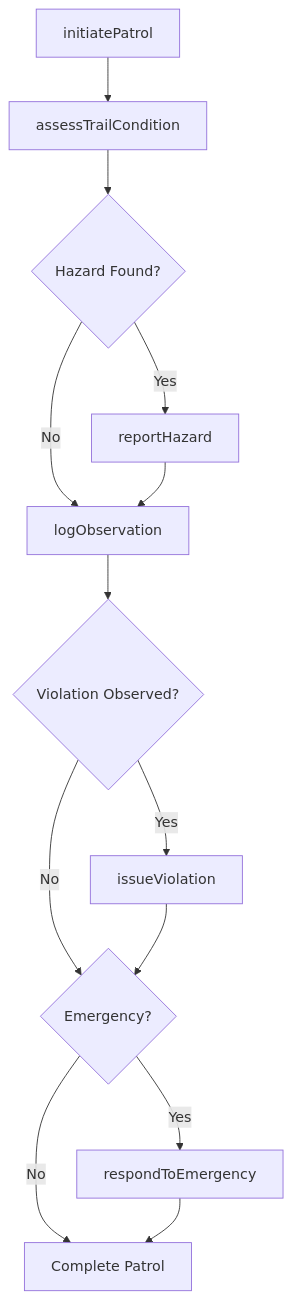
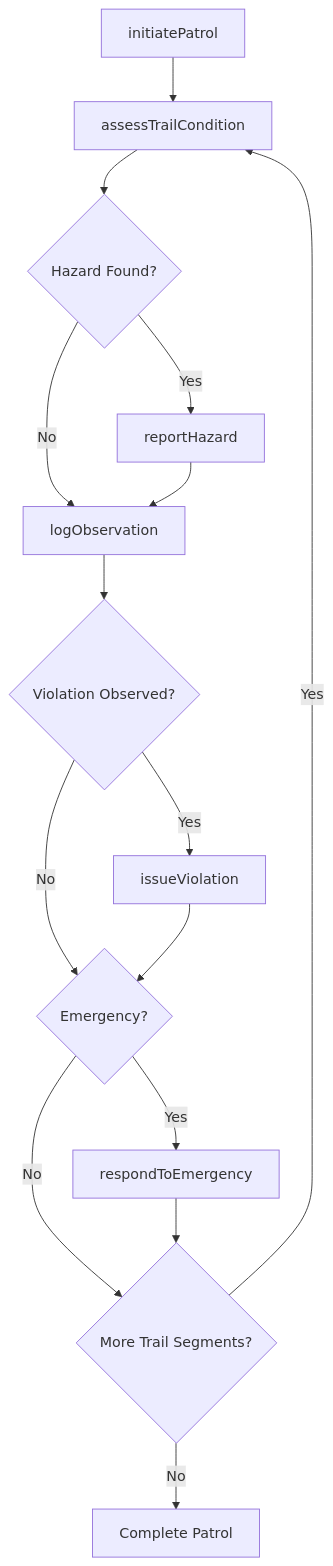
The third of 4 diagrams in MonitoringProcessesMaterialsOrSurroundings/MonitorSafetyOrSecurityOfWorkAreasFacilitiesOrProperties/PatrolNaturalAreasEnsureSafety.mdx (dot-org-ai/tasks.org.ai), drawn with Mermaid before and after one commit. The commit also changed other lines of this file and 307 other files, not shown here.

First line of the commit message:
feat: Add ER diagrams and state diagrams to remaining 308 DWA task files (wave 3 complete)

````diff
--- a/MonitoringProcessesMaterialsOrSurroundings/MonitorSafetyOrSecurityOfWorkAreasFacilitiesOrProperties/PatrolNaturalAreasEnsureSafety.mdx
+++ b/MonitoringProcessesMaterialsOrSurroundings/MonitorSafetyOrSecurityOfWorkAreasFacilitiesOrProperties/PatrolNaturalAreasEnsureSafety.mdx
@@ -86,15 +115,17 @@
 ```mermaid
 graph TD
     A[initiatePatrol] --> B[assessTrailCondition]
     B --> C{Hazard Found?}
     C -->|Yes| D[reportHazard]
     C -->|No| E[logObservation]
     D --> E
     E --> F{Violation Observed?}
     F -->|Yes| G[issueViolation]
     F -->|No| H{Emergency?}
     G --> H
     H -->|Yes| I[respondToEmergency]
-    H -->|No| J[Complete Patrol]
+    H -->|No| J{More Trail Segments?}
     I --> J
+    J -->|Yes| B
+    J -->|No| K[Complete Patrol]
 ```
````
